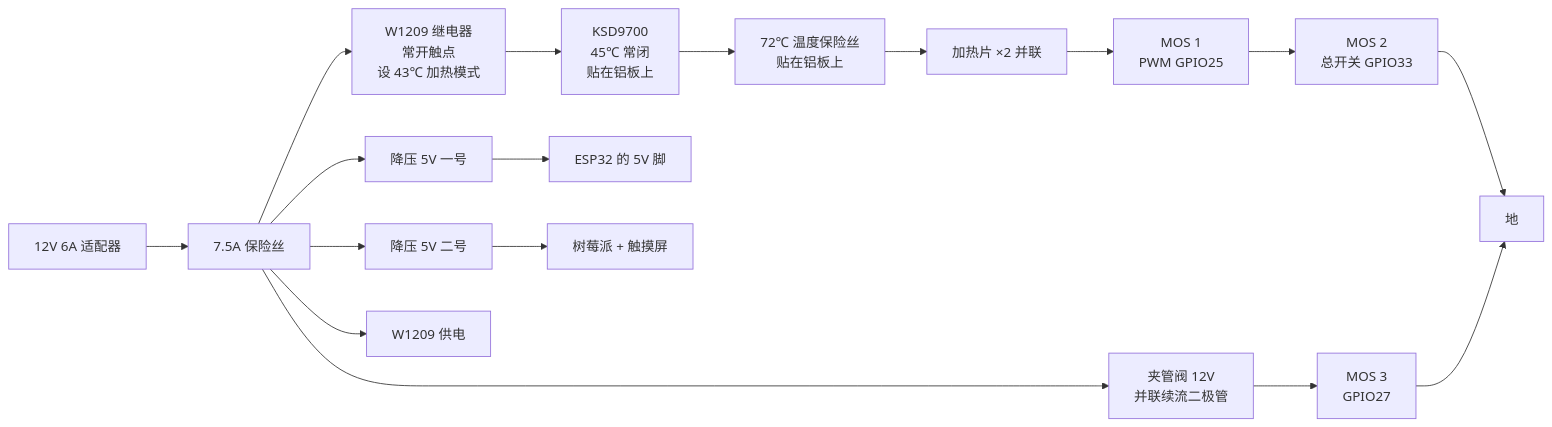
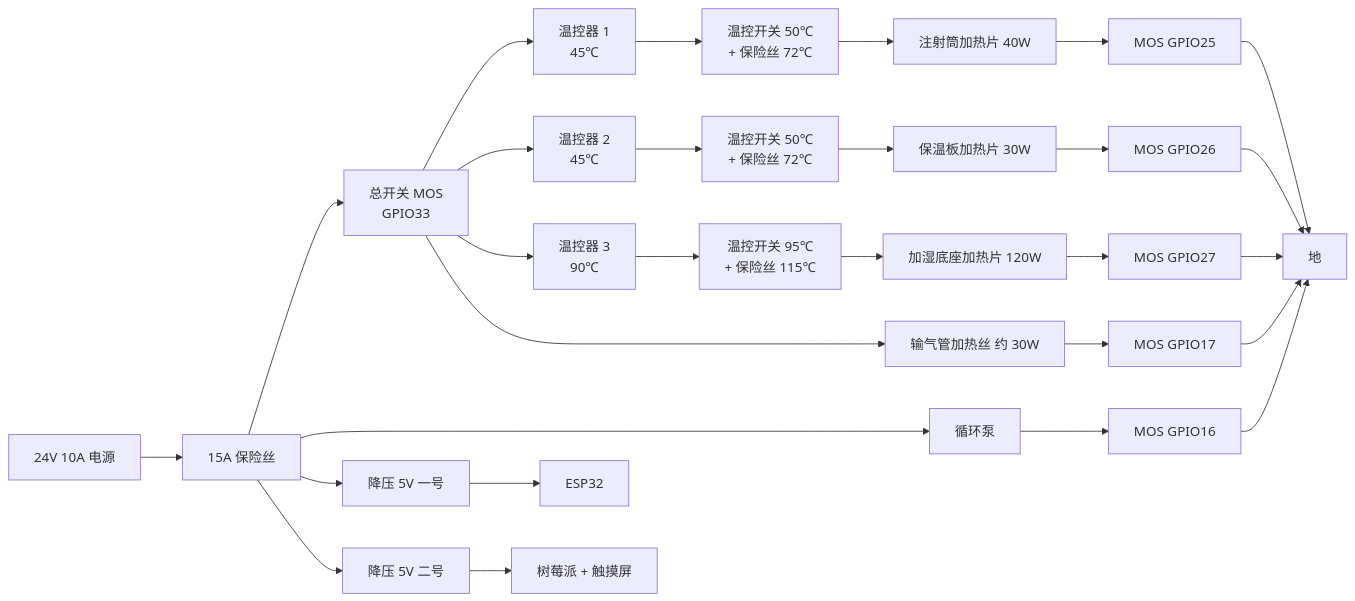
One commit to zyyyyy07/hpipac-heater changed the diagram in 4-electronics/README.md. Above: the diagram before and after it, drawn with Mermaid. The commit also changed other lines of this file and 71 other files, not shown here.

````diff
--- a/4-electronics/README.md
+++ b/4-electronics/README.md
@@ -9,18 +9,12 @@
 ```mermaid
 flowchart LR
-  A[12V 6A 适配器] --> F[7.5A 保险丝]
-  F --> W[W1209 继电器<br/>常开触点<br/>设 43℃ 加热模式]
-  W --> K[KSD9700<br/>45℃ 常闭<br/>贴在铝板上]
-  K --> TF[72℃ 温度保险丝<br/>贴在铝板上]
-  TF --> H[加热片 ×2 并联]
-  H --> M1[MOS 1<br/>PWM GPIO25]
-  M1 --> M2[MOS 2<br/>总开关 GPIO33]
-  M2 --> G[地]
-  F --> V[夹管阀 12V<br/>并联续流二极管]
-  V --> M3[MOS 3<br/>GPIO27]
-  M3 --> G
-  F --> B[降压 5V 一号] --> E[ESP32 的 5V 脚]
+  A[24V 10A 电源] --> F[15A 保险丝]
+  F --> EN[总开关 MOS<br/>GPIO33]
+  EN --> W1[温控器 1<br/>45℃] --> K1[温控开关 50℃<br/>+ 保险丝 72℃] --> H1[注射筒加热片 40W] --> M1[MOS GPIO25] --> G[地]
+  EN --> W2[温控器 2<br/>45℃] --> K2[温控开关 50℃<br/>+ 保险丝 72℃] --> H2[保温板加热片 30W] --> M2[MOS GPIO26] --> G
+  EN --> W3[温控器 3<br/>90℃] --> K3[温控开关 95℃<br/>+ 保险丝 115℃] --> H3[加湿底座加热片 120W] --> M3[MOS GPIO27] --> G
+  EN --> H4[输气管加热丝 约 30W] --> M4[MOS GPIO17] --> G
+  F --> P[循环泵] --> M5[MOS GPIO16] --> G
+  F --> B1[降压 5V 一号] --> E[ESP32]
   F --> B2[降压 5V 二号] --> PI[树莓派 + 触摸屏]
-  F --> W2[W1209 供电]
-
 ```
````
